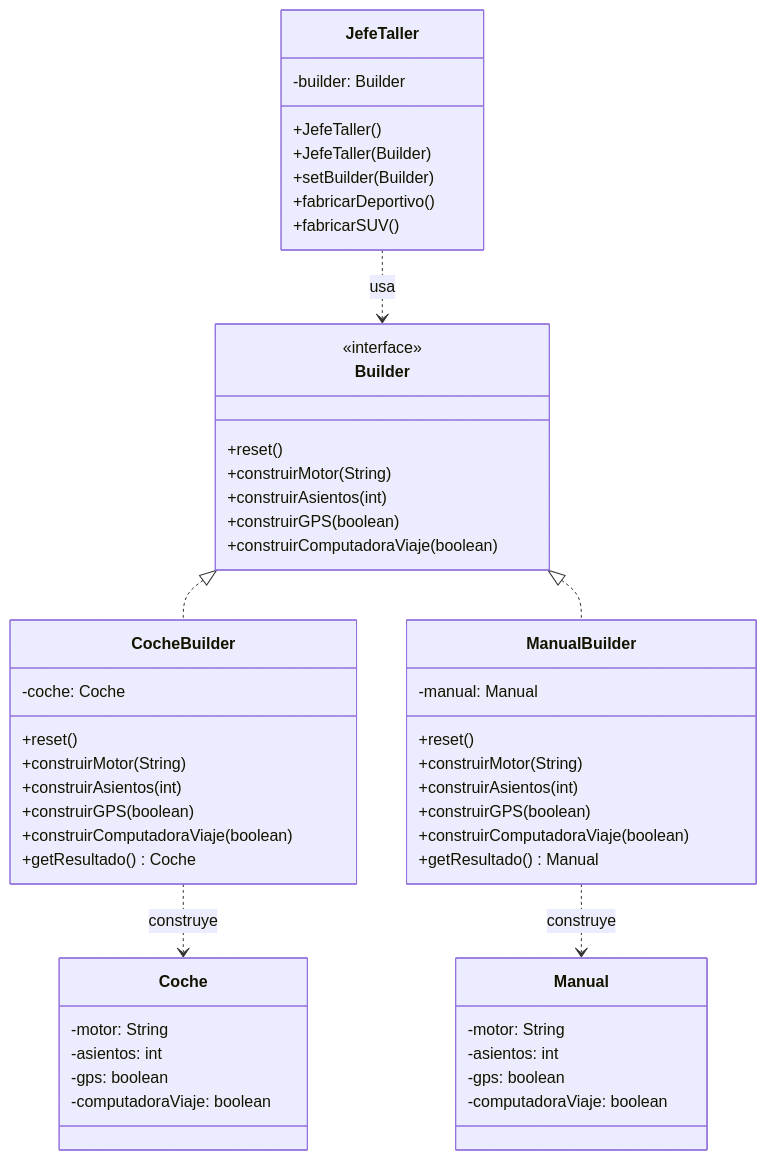
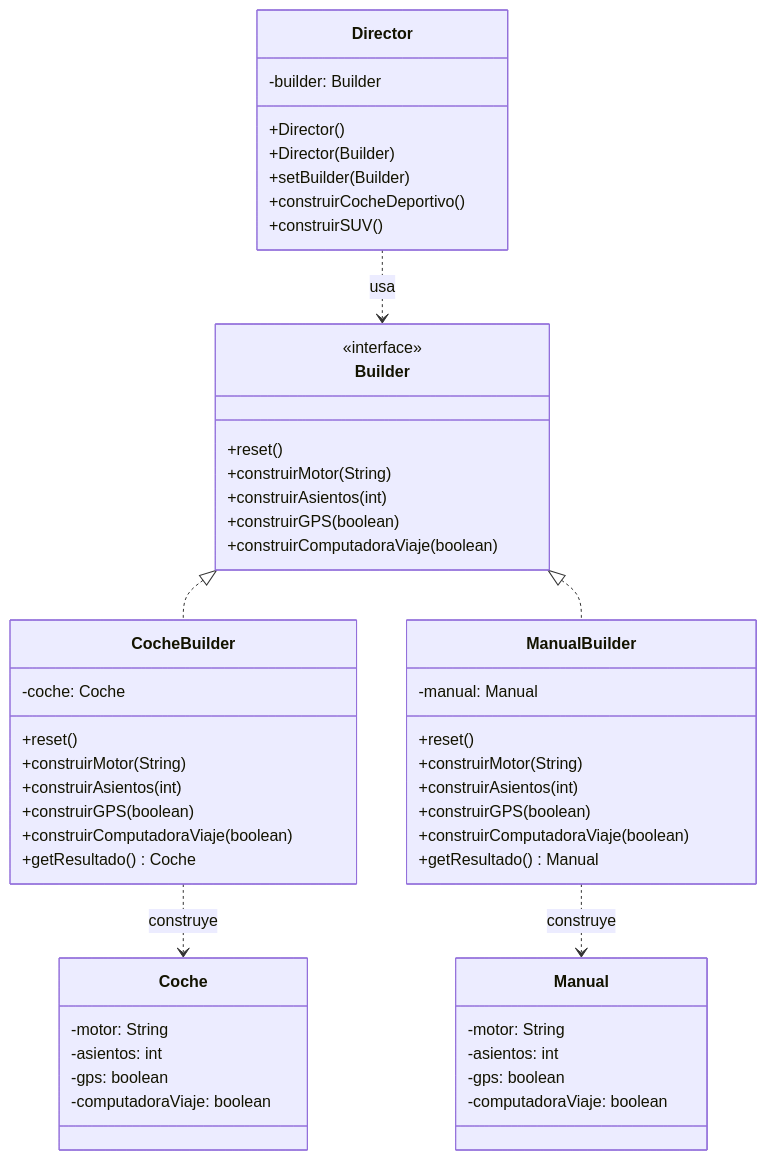
The diagram in markdown_Builder.md (MateoUrango/ModeloBuilder), drawn with Mermaid before and after one commit. The commit also changed other lines of this file, not shown here.

Commit message:
docs: ampliar explicacion del patron Builder

````diff
--- a/markdown_Builder.md
+++ b/markdown_Builder.md
@@ -82,55 +78,55 @@
 ```mermaid
 classDiagram
     class Builder {
         <<interface>>
         +reset()
         +construirMotor(String)
         +construirAsientos(int)
         +construirGPS(boolean)
         +construirComputadoraViaje(boolean)
     }
     class CocheBuilder {
         -coche: Coche
         +reset()
         +construirMotor(String)
         +construirAsientos(int)
         +construirGPS(boolean)
         +construirComputadoraViaje(boolean)
         +getResultado() Coche
     }
     class ManualBuilder {
         -manual: Manual
         +reset()
         +construirMotor(String)
         +construirAsientos(int)
         +construirGPS(boolean)
         +construirComputadoraViaje(boolean)
         +getResultado() Manual
     }
-    class JefeTaller {
+    class Director {
         -builder: Builder
-        +JefeTaller()
-        +JefeTaller(Builder)
+        +Director()
+        +Director(Builder)
         +setBuilder(Builder)
-        +fabricarDeportivo()
-        +fabricarSUV()
+        +construirCocheDeportivo()
+        +construirSUV()
     }
     class Coche {
         -motor: String
         -asientos: int
         -gps: boolean
         -computadoraViaje: boolean
     }
     class Manual {
         -motor: String
         -asientos: int
         -gps: boolean
         -computadoraViaje: boolean
     }
 
     Builder <|.. CocheBuilder
     Builder <|.. ManualBuilder
-    JefeTaller ..> Builder : usa
+    Director ..> Builder : usa
     CocheBuilder ..> Coche : construye
     ManualBuilder ..> Manual : construye
 ```
````
